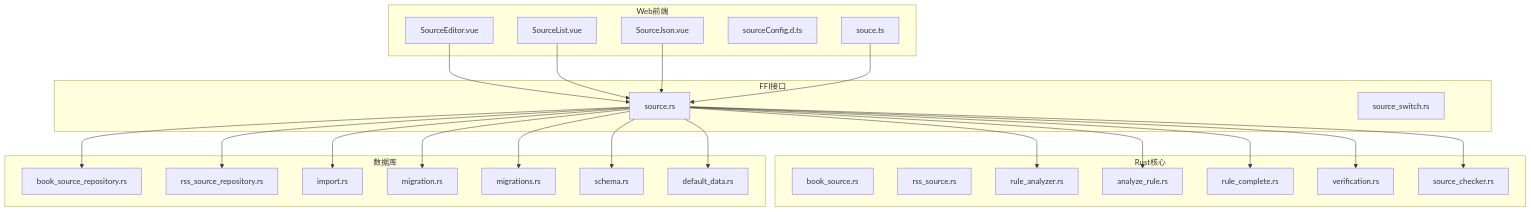
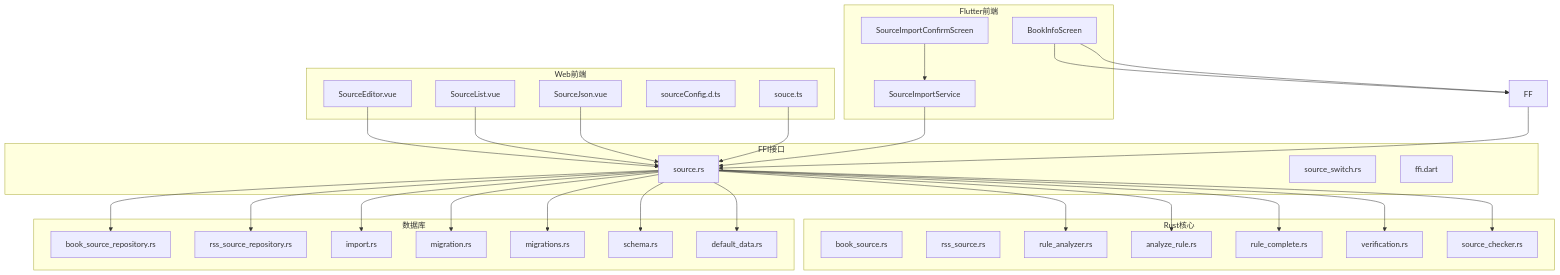
One commit to ZhangGHGitHub/LegadoTeamFlutter changed the first of 8 diagrams in .qoder/repowiki/zh/content/项目概述/核心功能特性/网络源系统/源管理功能.md. Above: the diagram before and after it, drawn with Mermaid. The commit also changed other lines of this file and 173 other files, not shown here.

````diff
--- a/.qoder/repowiki/zh/content/项目概述/核心功能特性/网络源系统/源管理功能.md
+++ b/.qoder/repowiki/zh/content/项目概述/核心功能特性/网络源系统/源管理功能.md
@@ -51,48 +64,59 @@
 ```mermaid
 graph TB
+subgraph "Flutter前端"
+SICS["SourceImportConfirmScreen"]
+BIS["BookInfoScreen"]
+SISS["SourceImportService"]
+end
 subgraph "Web前端"
 SE["SourceEditor.vue"]
 SL["SourceList.vue"]
 SJ["SourceJson.vue"]
 SC["sourceConfig.d.ts"]
 SU["souce.ts"]
 end
 subgraph "FFI接口"
 FS["source.rs"]
 FSS["source_switch.rs"]
+FFI["ffi.dart"]
 end
 subgraph "Rust核心"
 BS["book_source.rs"]
 RS["rss_source.rs"]
 RA["rule_analyzer.rs"]
 AR["analyze_rule.rs"]
 RC["rule_complete.rs"]
 VC["verification.rs"]
 SCC["source_checker.rs"]
 end
 subgraph "数据库"
 BSR["book_source_repository.rs"]
 RSR["rss_source_repository.rs"]
 IMP["import.rs"]
 MIG["migration.rs"]
 MGR["migrations.rs"]
 SCH["schema.rs"]
 DD["default_data.rs"]
 end
+SICS --> SISS
+BIS --> FF
 SE --> FS
 SL --> FS
 SJ --> FS
 SU --> FS
+SISS --> FS
+BIS --> FF
+FF --> FS
 FS --> BSR
 FS --> RSR
 FS --> IMP
 FS --> MIG
 FS --> MGR
 FS --> SCH
 FS --> DD
 FS --> RA
 FS --> AR
 FS --> RC
 FS --> VC
 FS --> SCC
 ```
````
